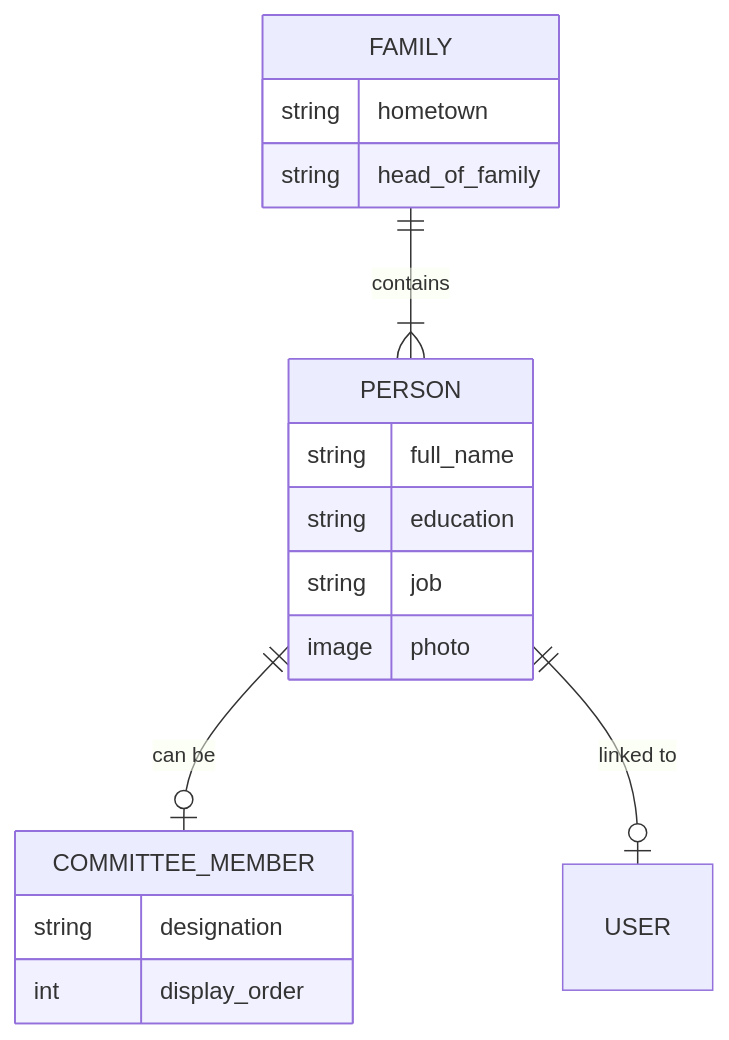
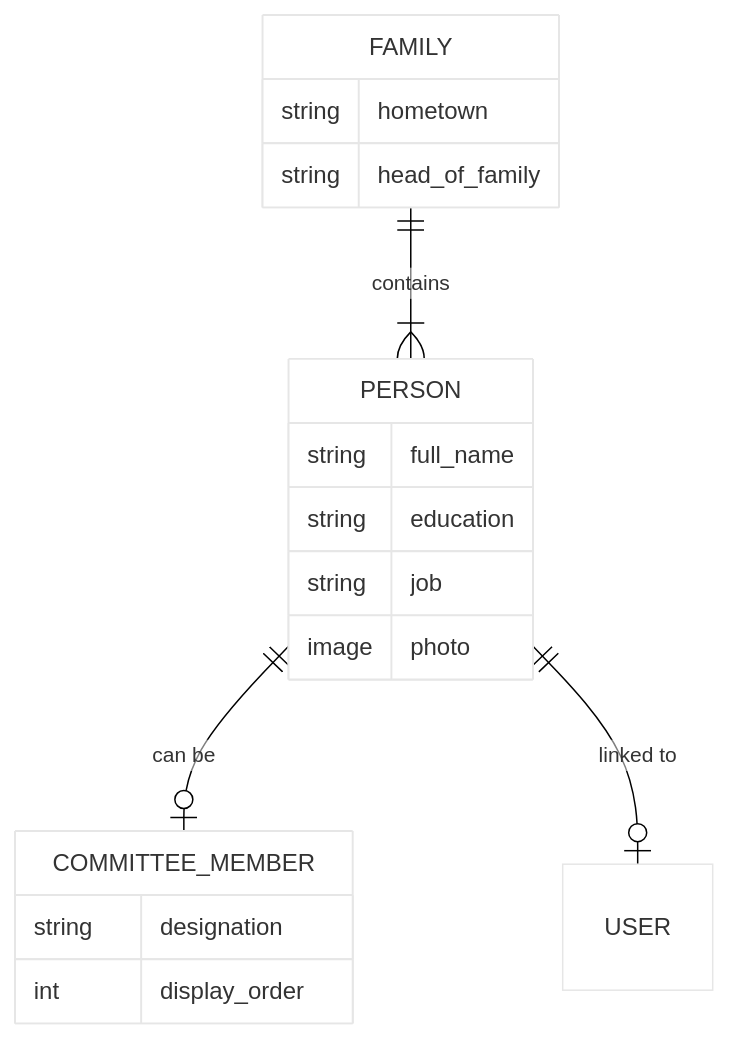
The fourth of 4 diagrams in Project Documentation.md (kantha27mevadasuthar01/The-New-Samaj-Site), drawn with Mermaid before and after one commit. The commit also changed other lines of this file and 5 other files, not shown here.

````diff
--- a/Project Documentation.md
+++ b/Project Documentation.md
@@ -195,23 +235,24 @@
 ```mermaid
+%%{init: {'theme': 'base', 'themeVariables': { 'primaryColor': '#ffffff', 'lineColor': '#000000', 'textColor': '#000000'}}}%%
 erDiagram
     FAMILY ||--|{ PERSON : "contains"
     PERSON ||--o| COMMITTEE_MEMBER : "can be"
     PERSON ||--o| USER : "linked to"
     
     FAMILY {
         string hometown
         string head_of_family
     }
     
     PERSON {
         string full_name
         string education
         string job
         image photo
     }
     
     COMMITTEE_MEMBER {
         string designation
         int display_order
     }
 ```
````
